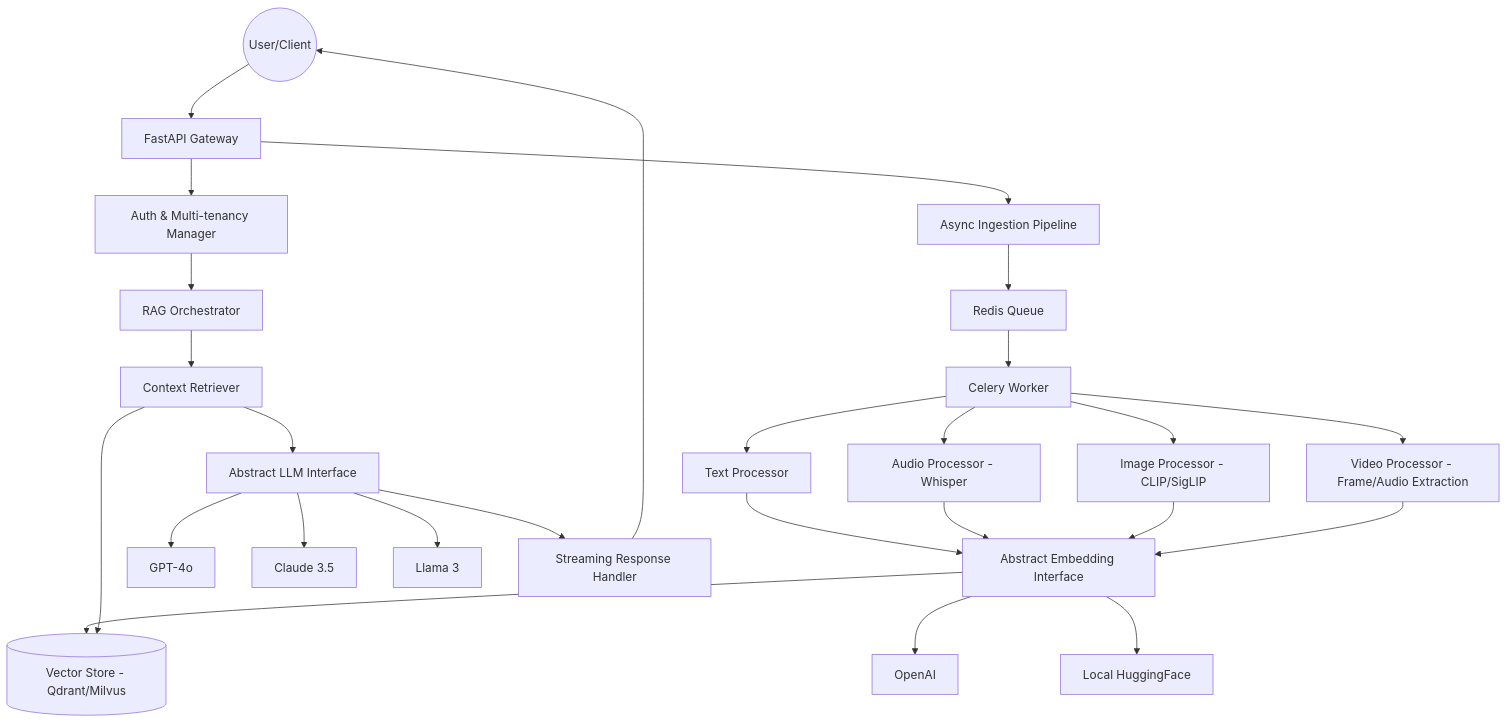
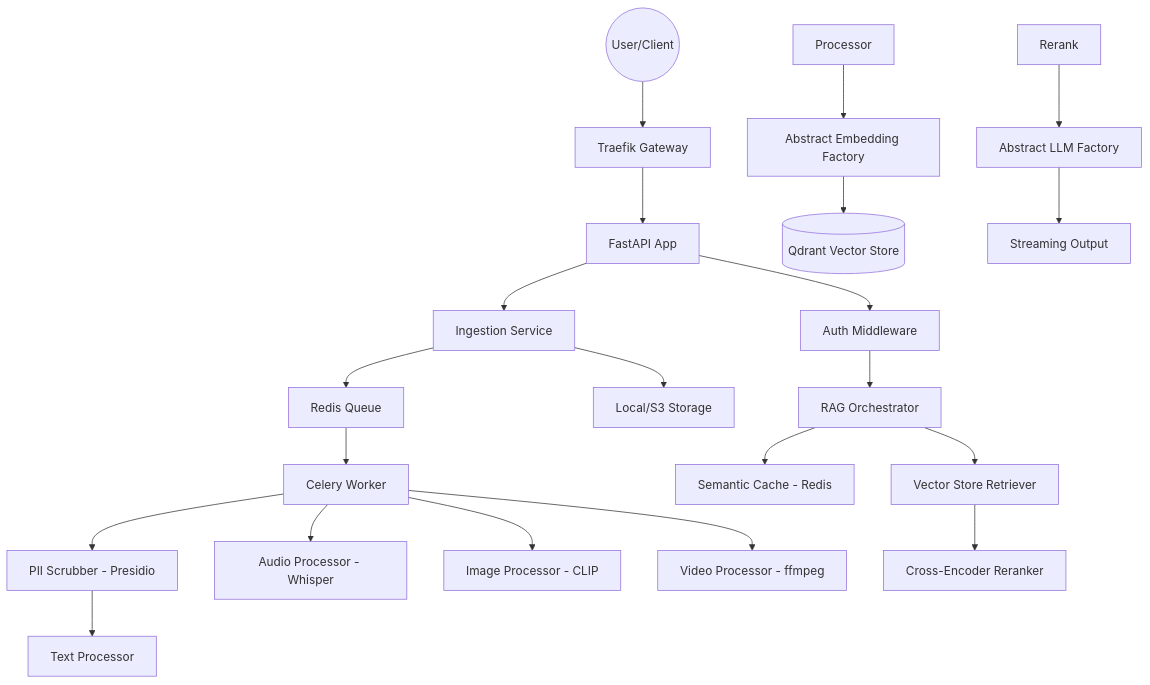
The diagram in IMPLEMENTATION_DETAILS.md (arshharkial/RAG), drawn with Mermaid before and after one commit. The commit also changed other lines of this file and 5 other files, not shown here.

````diff
--- a/IMPLEMENTATION_DETAILS.md
+++ b/IMPLEMENTATION_DETAILS.md
@@ -6,32 +8,27 @@
 ```mermaid
 graph TD
-    User((User/Client)) --> API[FastAPI Gateway]
-    API --> Auth[Auth & Multi-tenancy Manager]
+    User((User/Client)) --> Traefik[Traefik Gateway]
+    Traefik --> API[FastAPI App]
+    API --> Auth[Auth Middleware]
     Auth --> Orchestrator[RAG Orchestrator]
     
-    API --> Ingestion[Async Ingestion Pipeline]
+    API --> Ingestion[Ingestion Service]
+    Ingestion --> Storage[Local/S3 Storage]
     Ingestion --> Queue[Redis Queue]
     Queue --> Worker[Celery Worker]
     
-    Worker --> TextProc[Text Processor]
+    Worker --> Scrub[PII Scrubber - Presidio]
+    Scrub --> TextProc[Text Processor]
     Worker --> AudioProc[Audio Processor - Whisper]
-    Worker --> ImageProc[Image Processor - CLIP/SigLIP]
-    Worker --> VideoProc[Video Processor - Frame/Audio Extraction]
+    Worker --> ImageProc[Image Processor - CLIP]
+    Worker --> VideoProc[Video Processor - ffmpeg]
     
-    TextProc & AudioProc & ImageProc & VideoProc --> Embedder[Abstract Embedding Interface]
-    Embedder --> OpenAIEmbed[OpenAI]
-    Embedder --> HuggingFaceEmbed[Local HuggingFace]
+    Processor --> Embedder[Abstract Embedding Factory]
+    Embedder --> VectorDB[(Qdrant Vector Store)]
     
-    Embedder --> VectorDB[(Vector Store - Qdrant/Milvus)]
-    
-    Orchestrator --> Retriever[Context Retriever]
-    Retriever --> VectorDB
-    
-    Retriever --> LLM[Abstract LLM Interface]
-    LLM --> GPT4[GPT-4o]
-    LLM --> Claude[Claude 3.5]
-    LLM --> LocalLLM[Llama 3]
-    
-    LLM --> Streamer[Streaming Response Handler]
-    Streamer --> User
+    Orchestrator --> Cache[Semantic Cache - Redis]
+    Orchestrator --> Retriever[Vector Store Retriever]
+    Retriever --> Reranker[Cross-Encoder Reranker]
+    Rerank --> LLM[Abstract LLM Factory]
+    LLM --> Streamer[Streaming Output]
 ```
````
